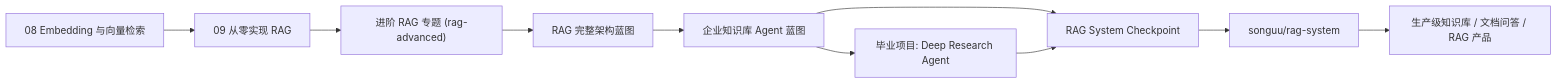
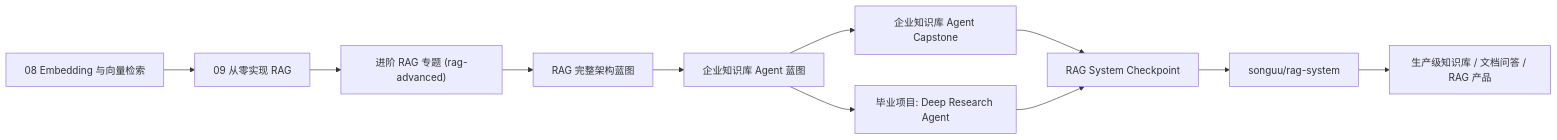
One commit to songuu/agent changed the diagram in docs/rag-system-project.md. Above: the diagram before and after it, drawn with Mermaid. The commit also changed other lines of this file and 63 other files, not shown here.

````diff
--- a/docs/rag-system-project.md
+++ b/docs/rag-system-project.md
@@ -12,12 +12,13 @@
 ```mermaid
 flowchart LR
   A["08 Embedding 与向量检索"] --> B["09 从零实现 RAG"]
   B --> R["进阶 RAG 专题 (rag-advanced)"]
   R --> X["RAG 完整架构蓝图"]
   X --> Z["企业知识库 Agent 蓝图"]
+  Z --> EKB["企业知识库 Agent Capstone"]
   Z --> C["毕业项目: Deep Research Agent"]
-  Z --> K["RAG System Checkpoint"]
+  EKB --> K["RAG System Checkpoint"]
   C --> K
   K --> D["songuu/rag-system"]
   D --> E["生产级知识库 / 文档问答 / RAG 产品"]
 ```
````
